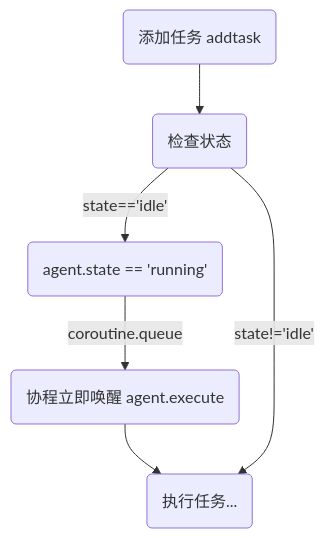
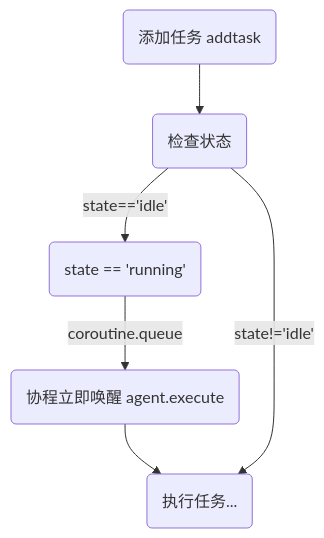
One commit to huuhghhgyg/Container-Terminal-Simulation changed the second of 4 diagrams in docs/agent-template.md. Above: the diagram before and after it, drawn with Mermaid. The commit also changed other lines of this file and 10 other files, not shown here.

````diff
--- a/docs/agent-template.md
+++ b/docs/agent-template.md
@@ -21,11 +24,11 @@
 ```mermaid
 graph
 addtask(添加任务 addtask)
 not_idle(检查状态)
 invoke(协程立即唤醒 agent.execute)
-running(agent.state == 'running')
+running(state == 'running')
 execute(执行任务...)
 
 addtask-->not_idle-->|state=='idle'|running-->|coroutine.queue|invoke-->execute
 not_idle-->|state!='idle'|execute
 ```
````
